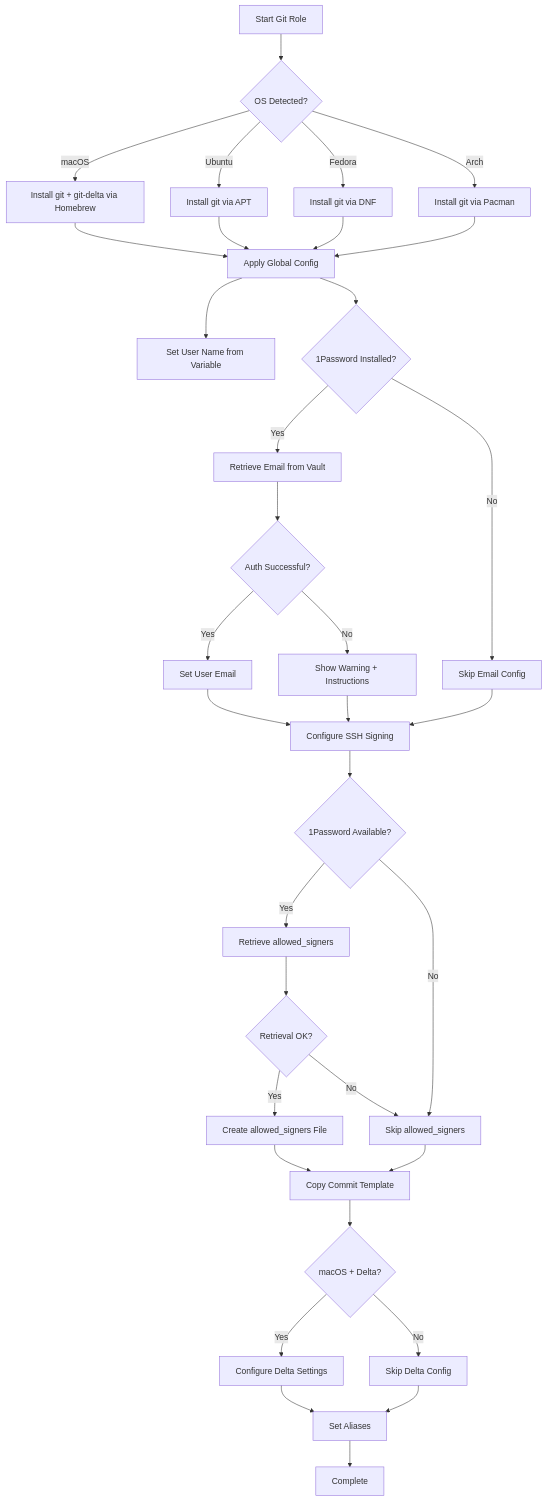
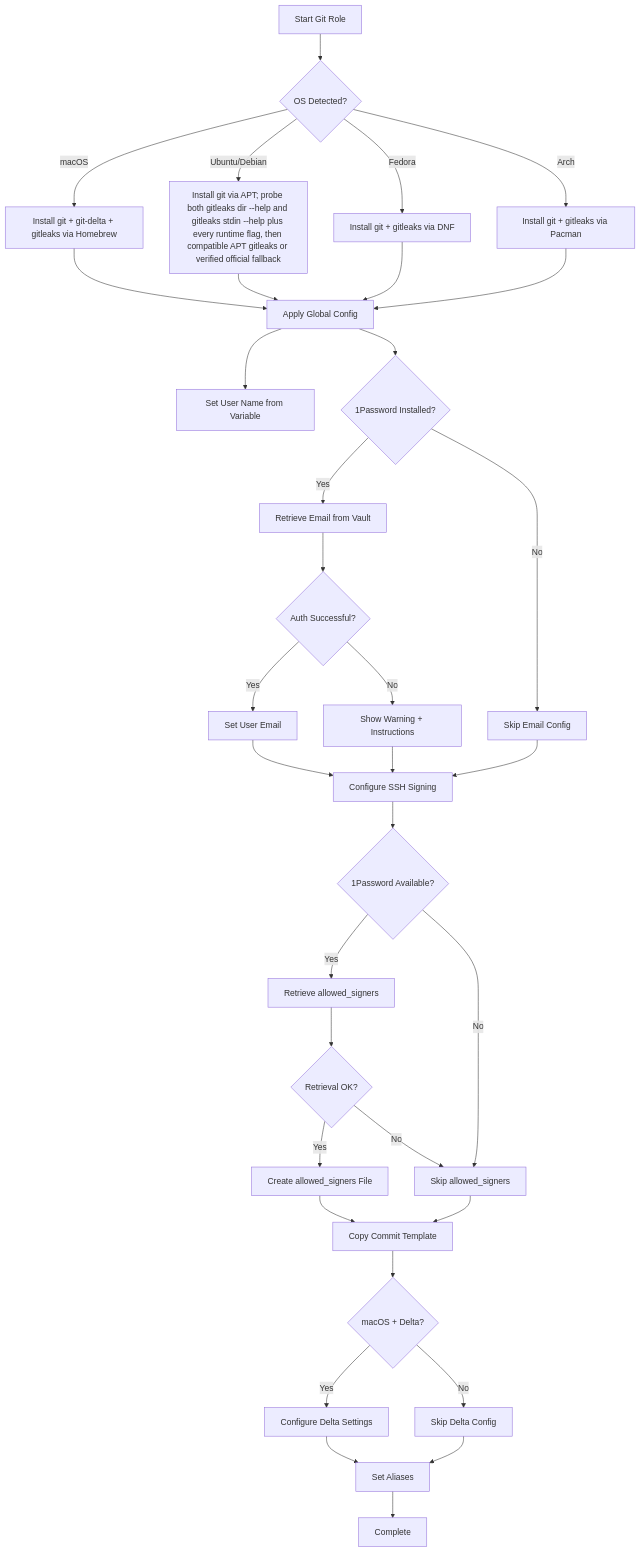
Before and after one commit to uarslandev/infra: the diagram in dotfiles/roles/git/README.md, drawn with Mermaid. The commit also changed other lines of this file and 16 other files, not shown here.

First line of the commit message:
feat(agents): harden commit and handoff flows

````diff
--- a/dotfiles/roles/git/README.md
+++ b/dotfiles/roles/git/README.md
@@ -140,47 +141,47 @@
 ```mermaid
 flowchart TD
     A[Start Git Role] --> B{OS Detected?}
-    B -->|macOS| C[Install git + git-delta via Homebrew]
-    B -->|Ubuntu| D[Install git via APT]
-    B -->|Fedora| E[Install git via DNF]
-    B -->|Arch| F[Install git via Pacman]
+    B -->|macOS| C[Install git + git-delta + gitleaks via Homebrew]
+    B -->|Ubuntu/Debian| D[Install git via APT; probe both gitleaks dir --help and gitleaks stdin --help plus every runtime flag, then compatible APT gitleaks or verified official fallback]
+    B -->|Fedora| E[Install git + gitleaks via DNF]
+    B -->|Arch| F[Install git + gitleaks via Pacman]
 
     C --> G[Apply Global Config]
     D --> G
     E --> G
     F --> G
 
     G --> H[Set User Name from Variable]
 
     G --> I{1Password Installed?}
     I -->|Yes| J[Retrieve Email from Vault]
     I -->|No| K[Skip Email Config]
 
     J --> L{Auth Successful?}
     L -->|Yes| M[Set User Email]
     L -->|No| N[Show Warning + Instructions]
 
     M --> O[Configure SSH Signing]
     K --> O
     N --> O
 
     O --> P{1Password Available?}
     P -->|Yes| Q[Retrieve allowed_signers]
     P -->|No| R[Skip allowed_signers]
 
     Q --> S{Retrieval OK?}
     S -->|Yes| T[Create allowed_signers File]
     S -->|No| R
 
     T --> U[Copy Commit Template]
     R --> U
 
     U --> V{macOS + Delta?}
     V -->|Yes| W[Configure Delta Settings]
     V -->|No| X[Skip Delta Config]
 
     W --> Y[Set Aliases]
     X --> Y
 
     Y --> Z[Complete]
 ```
````
